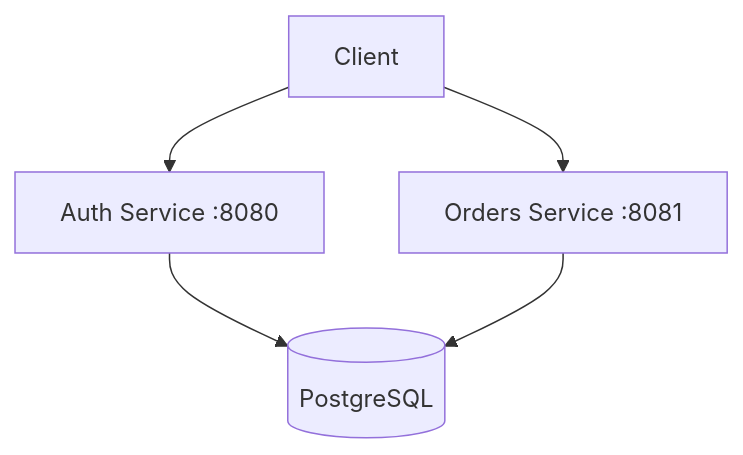
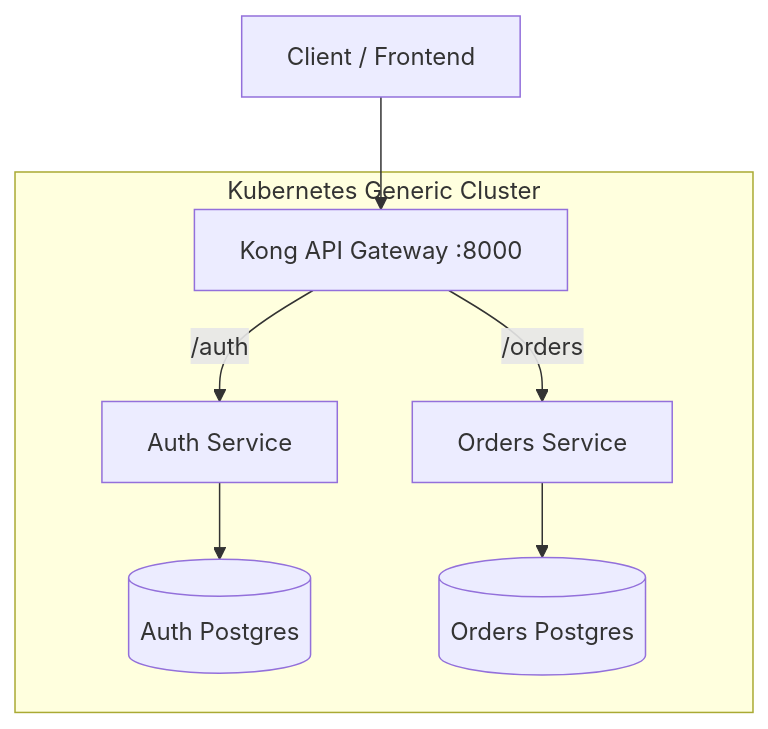
The diagram in README.md (Adityaat2810/exchange-backend), drawn with Mermaid before and after one commit. The commit also changed other lines of this file and 14 other files, not shown here.

````diff
--- a/README.md
+++ b/README.md
@@ -110,7 +9,12 @@
 ```mermaid
 graph TB
-    Client --> Auth[Auth Service :8080]
-    Client --> Orders[Orders Service :8081]
-    Auth --> PG[(PostgreSQL)]
-    Orders --> PG
+    Client[Client / Frontend] --> Kong[Kong API Gateway :8000]
+    
+    subgraph "Kubernetes Generic Cluster"
+        Kong -->|/auth| Auth[Auth Service]
+        Kong -->|/orders| Orders[Orders Service]
+        
+        Auth --> AuthDB[(Auth Postgres)]
+        Orders --> OrdersDB[(Orders Postgres)]
+    end
 ```
````
